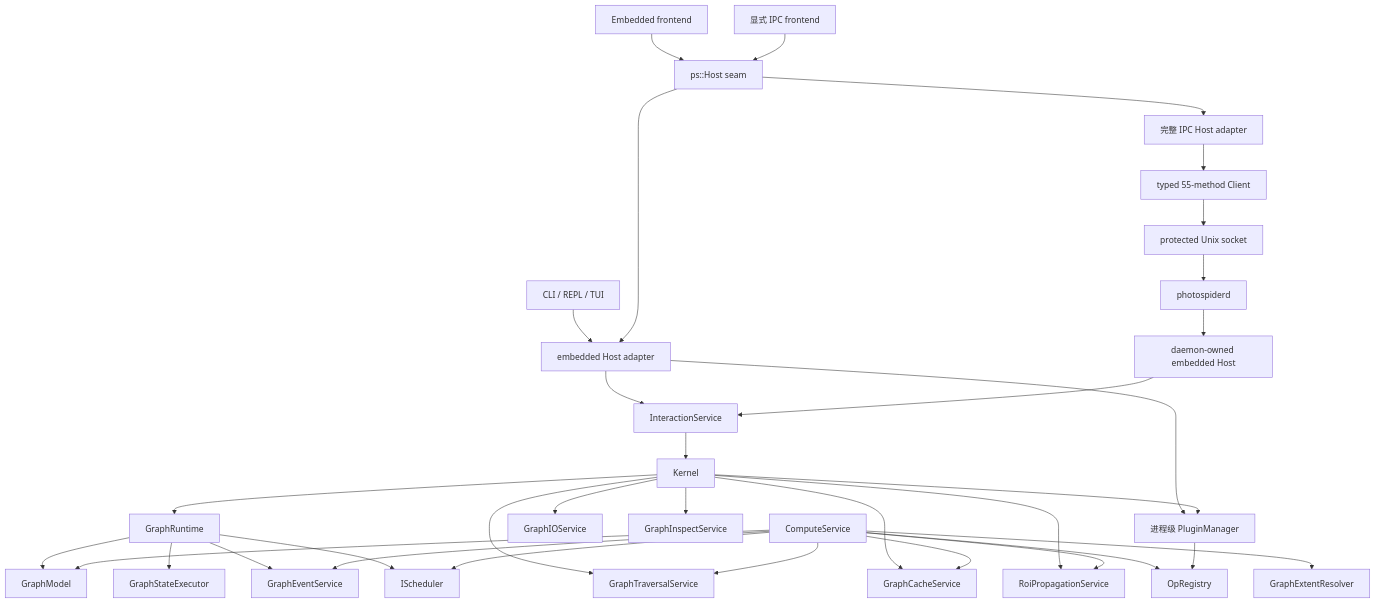
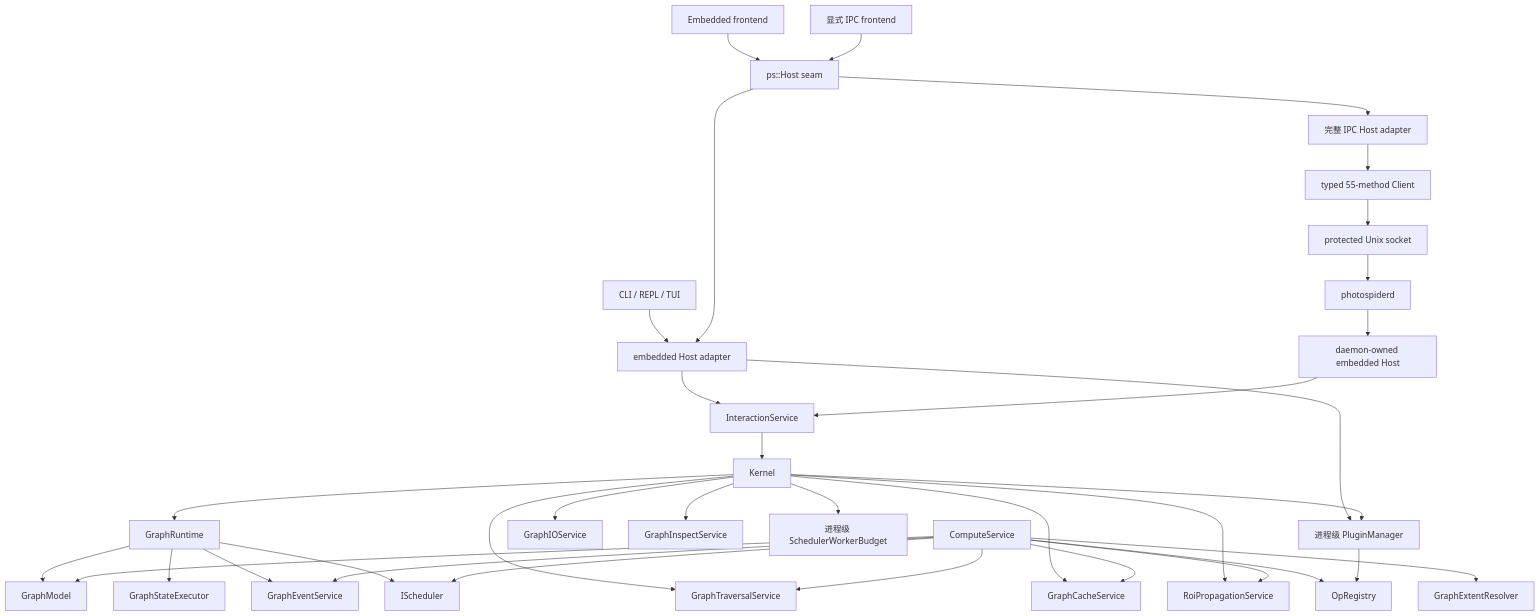
The diagram in docs/kernel-architecture/zh/Overview.zh.md (kevin-zf1123/photospider), drawn with Mermaid before and after one commit. The commit also changed other lines of this file and 25 other files, not shown here.

````diff
--- a/docs/kernel-architecture/zh/Overview.zh.md
+++ b/docs/kernel-architecture/zh/Overview.zh.md
@@ -107,40 +107,41 @@
 ```mermaid
 graph TD
     CLI["CLI / REPL / TUI"] --> EmbeddedHost["embedded Host adapter"]
     Frontend["Embedded frontend"] --> Host["ps::Host seam"]
     RemoteFrontend["显式 IPC frontend"] --> Host
     Host --> EmbeddedHost
     Host --> IpcHost["完整 IPC Host adapter"]
     IpcHost --> Client["typed 55-method Client"]
     Client --> Socket["protected Unix socket"]
     Socket --> Daemon["photospiderd"]
     Daemon --> DaemonHost["daemon-owned embedded Host"]
     EmbeddedHost --> InteractionService
     DaemonHost --> InteractionService
     EmbeddedHost --> PluginManager["进程级 PluginManager"]
     InteractionService --> Kernel
 
     Kernel --> GraphRuntime
     Kernel --> GraphIOService
     Kernel --> GraphTraversalService
     Kernel --> GraphCacheService
     Kernel --> GraphInspectService
     Kernel --> RoiPropagationService
     Kernel --> PluginManager
+    Kernel --> SchedulerWorkerBudget["进程级 SchedulerWorkerBudget"]
 
     GraphRuntime --> GraphModel
     GraphRuntime --> GraphStateExecutor
     GraphRuntime --> GraphEventService
     GraphRuntime --> IScheduler
 
     ComputeService --> GraphModel
     ComputeService --> GraphTraversalService
     ComputeService --> RoiPropagationService
     ComputeService --> GraphExtentResolver
     ComputeService --> GraphCacheService
     ComputeService --> GraphEventService
     ComputeService --> OpRegistry
     ComputeService --> IScheduler
 
     PluginManager --> OpRegistry
 ```
````
